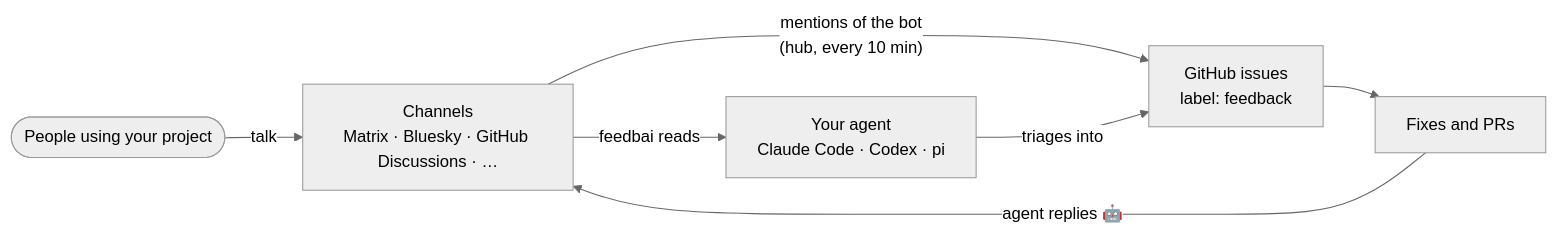
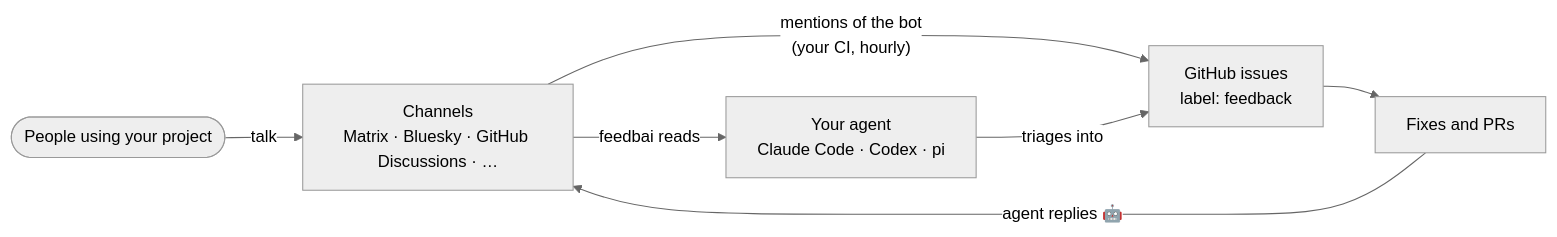
One commit to internet4000/feedbai changed the diagram in README.md. Above: the diagram before and after it, drawn with Mermaid (neutral theme). The commit also changed other lines of this file and 18 other files, not shown here.

````diff
--- a/README.md
+++ b/README.md
@@ -5,9 +5,9 @@
 ```mermaid
 flowchart LR
   users(["People using your project"]) -->|talk| channels["Channels<br/>Matrix · Bluesky · GitHub Discussions · …"]
   channels -->|feedbai reads| agent["Your agent<br/>Claude Code · Codex · pi"]
-  channels -->|"mentions of the bot<br/>(hub, every 10 min)"| issues["GitHub issues<br/>label: feedback"]
+  channels -->|"mentions of the bot<br/>(your CI, hourly)"| issues["GitHub issues<br/>label: feedback"]
   agent -->|triages into| issues
   issues --> prs["Fixes and PRs"]
   prs -->|"agent replies 🤖"| channels
 ```
````
